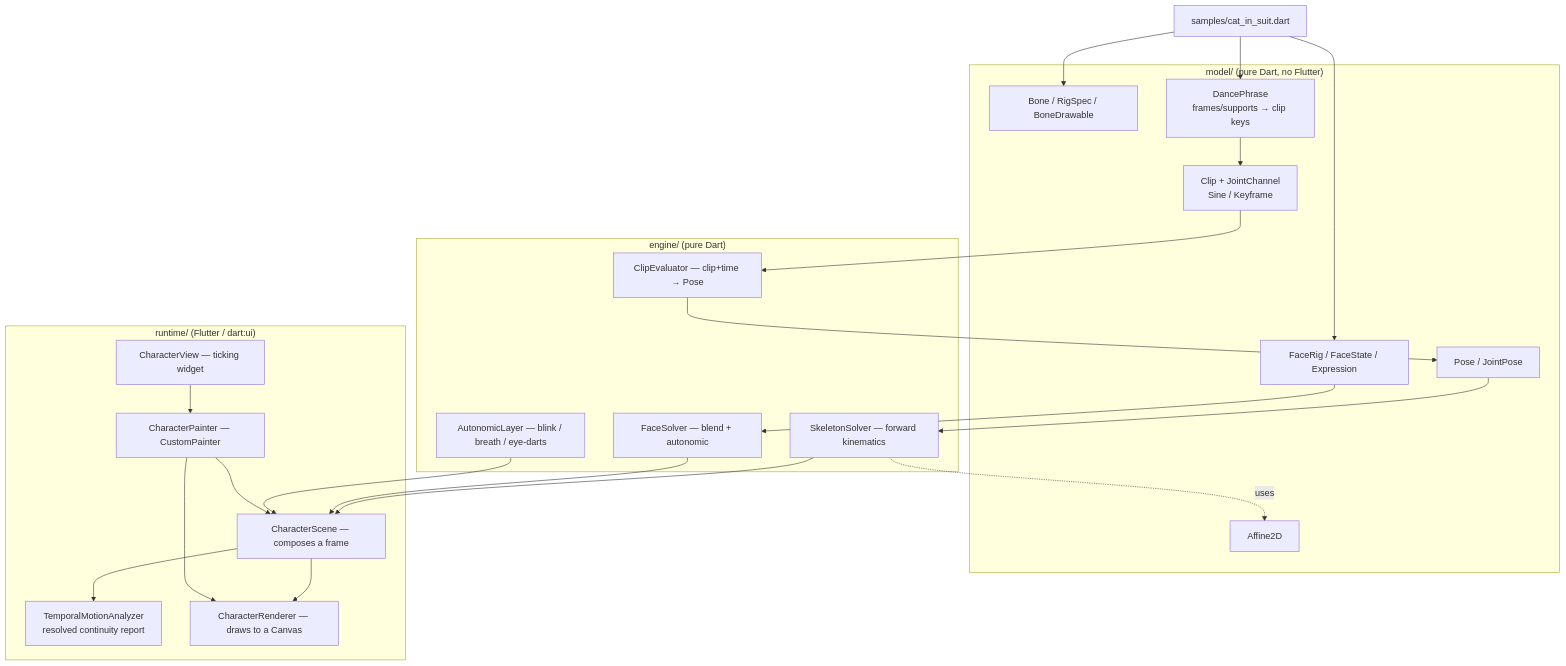
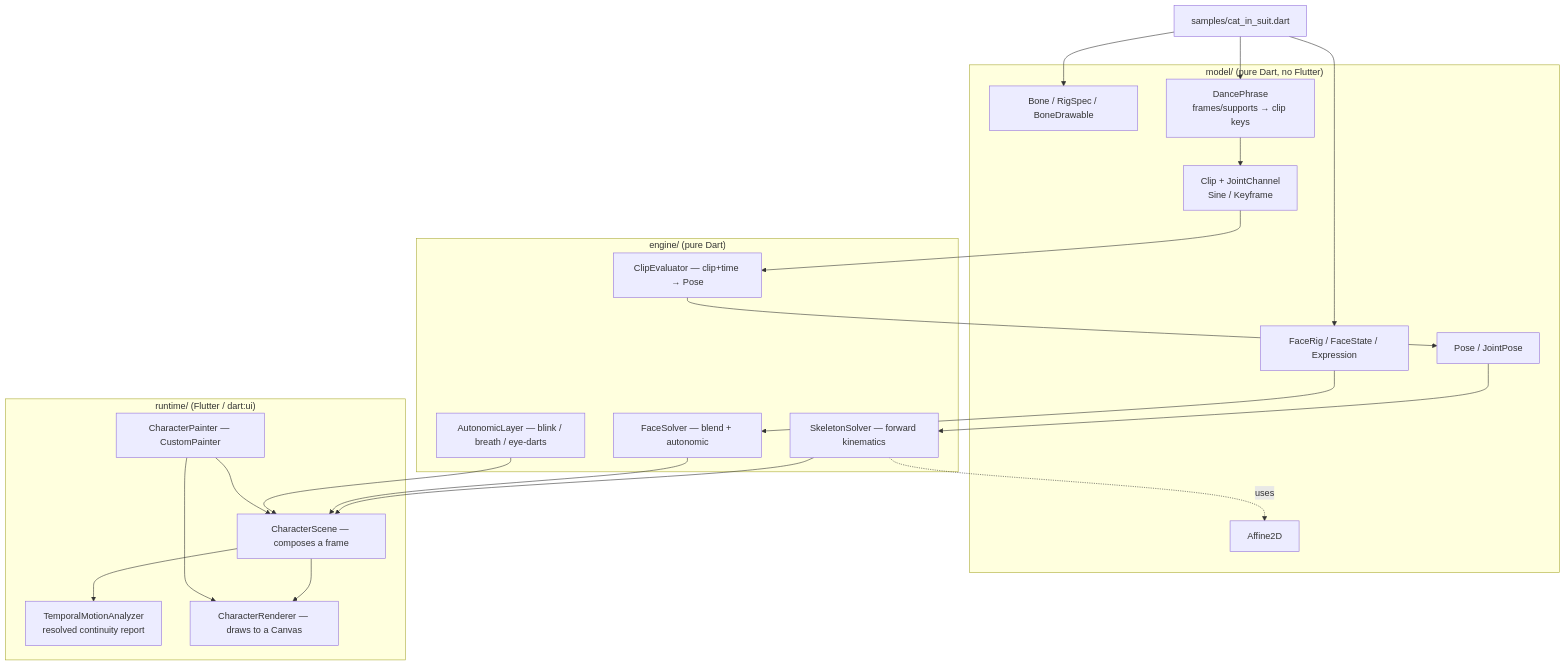
One commit to matthiasn/lotti changed the first of 6 diagrams in lib/features/character/README.md. Above: the diagram before and after it, drawn with Mermaid. The commit also changed other lines of this file and 9 other files, not shown here.

````diff
--- a/lib/features/character/README.md
+++ b/lib/features/character/README.md
@@ -86,34 +85,32 @@
 ```mermaid
 flowchart TD
   subgraph model["model/ (pure Dart, no Flutter)"]
     A[Affine2D]
     B[Bone / RigSpec / BoneDrawable]
     C[Clip + JointChannel\nSine / Keyframe]
     DP[DancePhrase\nframes/supports → clip keys]
     D[Pose / JointPose]
     F[FaceRig / FaceState / Expression]
   end
   subgraph engine["engine/ (pure Dart)"]
     SS[SkeletonSolver — forward kinematics]
     CE[ClipEvaluator — clip+time → Pose]
     AU[AutonomicLayer — blink / breath / eye-darts]
     FS[FaceSolver — blend + autonomic]
   end
   subgraph runtime["runtime/ (Flutter / dart:ui)"]
     SC[CharacterScene — composes a frame]
     TM[TemporalMotionAnalyzer\nresolved continuity report]
     RN[CharacterRenderer — draws to a Canvas]
     PA[CharacterPainter — CustomPainter]
-    VW[CharacterView — ticking widget]
   end
   samples[samples/cat_in_suit.dart] --> B & DP & F
   DP --> C
   C --> CE --> D --> SS --> SC
   F --> FS --> SC
   AU --> SC
   SS -. uses .-> A
   SC --> TM
   SC --> RN
   PA --> SC & RN
-  VW --> PA
 ```
````
